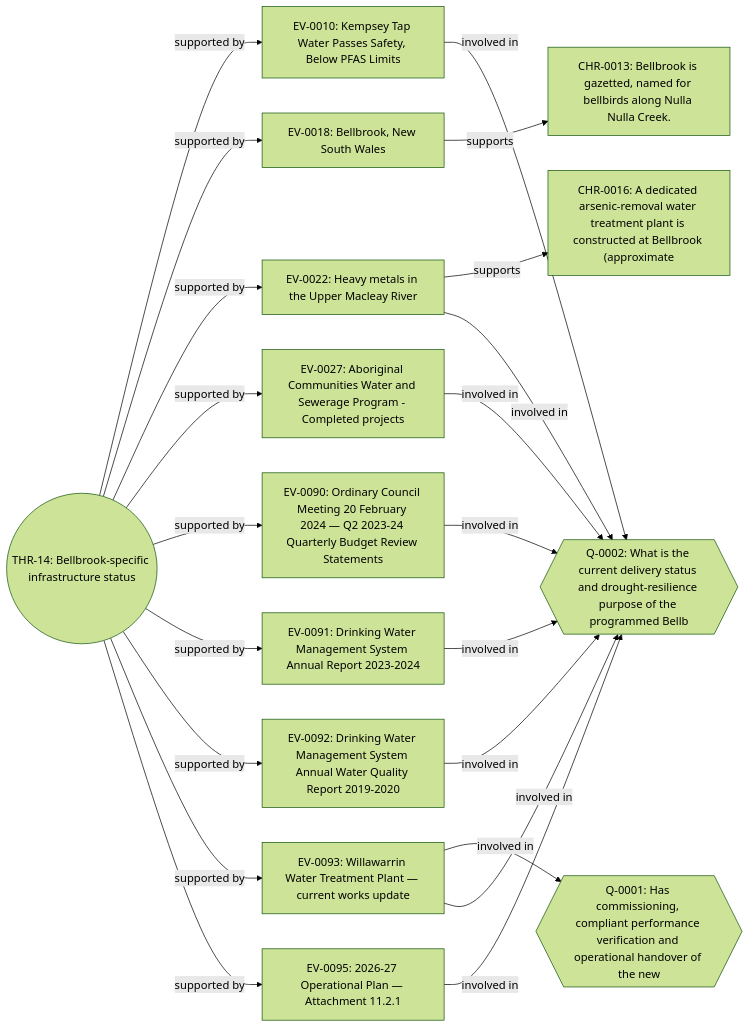
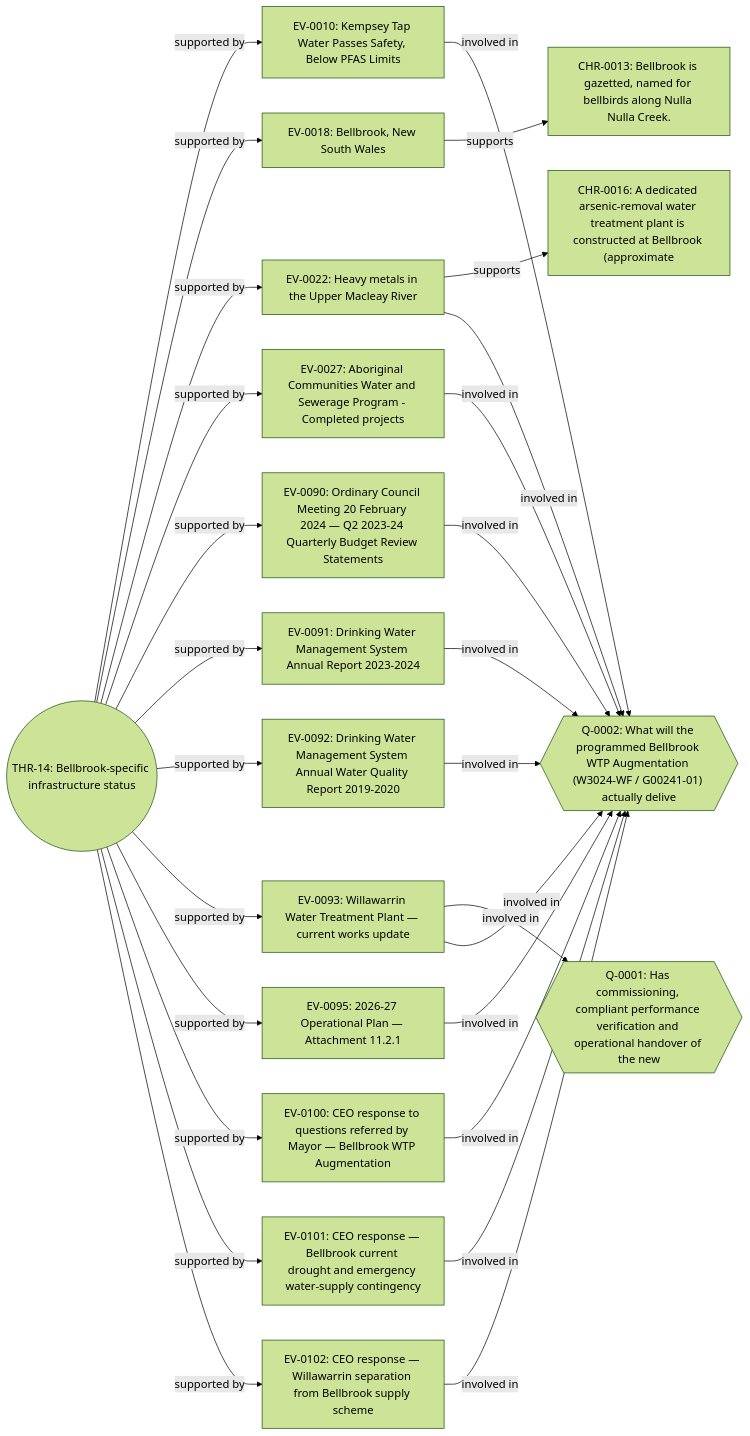
One commit to mayhem82/mayhem-investigations changed diagram 13 of 49 in docs/RELATIONSHIP_MAP.md. Above: the diagram before and after it, drawn with Mermaid (forest theme). The commit also changed other lines of this file, not shown here.

````diff
--- a/docs/RELATIONSHIP_MAP.md
+++ b/docs/RELATIONSHIP_MAP.md
@@ -422,37 +422,46 @@
 ```mermaid
 flowchart LR
   DFAPTI_BB_2026_00001_THRD_THR_14(("THR-14: Bellbrook-specific infrastructure status"))
   DFAPTI_BB_2026_00001_EVID_EV_0010["EV-0010: Kempsey Tap Water Passes Safety, Below PFAS Limits"]
   DFAPTI_BB_2026_00001_EVID_EV_0018["EV-0018: Bellbrook, New South Wales"]
   DFAPTI_BB_2026_00001_EVID_EV_0022["EV-0022: Heavy metals in the Upper Macleay River"]
   DFAPTI_BB_2026_00001_EVID_EV_0027["EV-0027: Aboriginal Communities Water and Sewerage Program - Completed projects"]
   DFAPTI_BB_2026_00001_EVID_EV_0090["EV-0090: Ordinary Council Meeting 20 February 2024 — Q2 2023-24 Quarterly Budget Review Statements"]
   DFAPTI_BB_2026_00001_EVID_EV_0091["EV-0091: Drinking Water Management System Annual Report 2023-2024"]
   DFAPTI_BB_2026_00001_EVID_EV_0092["EV-0092: Drinking Water Management System Annual Water Quality Report 2019-2020"]
   DFAPTI_BB_2026_00001_EVID_EV_0093["EV-0093: Willawarrin Water Treatment Plant — current works update"]
   DFAPTI_BB_2026_00001_EVID_EV_0095["EV-0095: 2026-27 Operational Plan — Attachment 11.2.1"]
-  DFAPTI_BB_2026_00001_QUES_Q_0002{{"Q-0002: What is the current delivery status and drought-resilience purpose of the programmed Bellb"}}
+  DFAPTI_BB_2026_00001_EVID_EV_0100["EV-0100: CEO response to questions referred by Mayor — Bellbrook WTP Augmentation"]
+  DFAPTI_BB_2026_00001_EVID_EV_0101["EV-0101: CEO response — Bellbrook current drought and emergency water-supply contingency"]
+  DFAPTI_BB_2026_00001_EVID_EV_0102["EV-0102: CEO response — Willawarrin separation from Bellbrook supply scheme"]
+  DFAPTI_BB_2026_00001_QUES_Q_0002{{"Q-0002: What will the programmed Bellbrook WTP Augmentation (W3024-WF / G00241-01) actually delive"}}
   DFAPTI_BB_2026_00001_CHRO_CHR_0013["CHR-0013: Bellbrook is gazetted, named for bellbirds along Nulla Nulla Creek."]
   DFAPTI_BB_2026_00001_CHRO_CHR_0016["CHR-0016: A dedicated arsenic-removal water treatment plant is constructed at Bellbrook (approximate"]
   DFAPTI_BB_2026_00001_QUES_Q_0001{{"Q-0001: Has commissioning, compliant performance verification and operational handover of the new "}}
   DFAPTI_BB_2026_00001_THRD_THR_14 -- "supported by" --> DFAPTI_BB_2026_00001_EVID_EV_0010
   DFAPTI_BB_2026_00001_THRD_THR_14 -- "supported by" --> DFAPTI_BB_2026_00001_EVID_EV_0018
   DFAPTI_BB_2026_00001_THRD_THR_14 -- "supported by" --> DFAPTI_BB_2026_00001_EVID_EV_0022
   DFAPTI_BB_2026_00001_THRD_THR_14 -- "supported by" --> DFAPTI_BB_2026_00001_EVID_EV_0027
   DFAPTI_BB_2026_00001_THRD_THR_14 -- "supported by" --> DFAPTI_BB_2026_00001_EVID_EV_0090
   DFAPTI_BB_2026_00001_THRD_THR_14 -- "supported by" --> DFAPTI_BB_2026_00001_EVID_EV_0091
   DFAPTI_BB_2026_00001_THRD_THR_14 -- "supported by" --> DFAPTI_BB_2026_00001_EVID_EV_0092
   DFAPTI_BB_2026_00001_THRD_THR_14 -- "supported by" --> DFAPTI_BB_2026_00001_EVID_EV_0093
   DFAPTI_BB_2026_00001_THRD_THR_14 -- "supported by" --> DFAPTI_BB_2026_00001_EVID_EV_0095
+  DFAPTI_BB_2026_00001_THRD_THR_14 -- "supported by" --> DFAPTI_BB_2026_00001_EVID_EV_0100
+  DFAPTI_BB_2026_00001_THRD_THR_14 -- "supported by" --> DFAPTI_BB_2026_00001_EVID_EV_0101
+  DFAPTI_BB_2026_00001_THRD_THR_14 -- "supported by" --> DFAPTI_BB_2026_00001_EVID_EV_0102
   DFAPTI_BB_2026_00001_EVID_EV_0010 -- "involved in" --> DFAPTI_BB_2026_00001_QUES_Q_0002
   DFAPTI_BB_2026_00001_EVID_EV_0018 -- "supports" --> DFAPTI_BB_2026_00001_CHRO_CHR_0013
   DFAPTI_BB_2026_00001_EVID_EV_0022 -- "supports" --> DFAPTI_BB_2026_00001_CHRO_CHR_0016
   DFAPTI_BB_2026_00001_EVID_EV_0022 -- "involved in" --> DFAPTI_BB_2026_00001_QUES_Q_0002
   DFAPTI_BB_2026_00001_EVID_EV_0027 -- "involved in" --> DFAPTI_BB_2026_00001_QUES_Q_0002
   DFAPTI_BB_2026_00001_EVID_EV_0090 -- "involved in" --> DFAPTI_BB_2026_00001_QUES_Q_0002
   DFAPTI_BB_2026_00001_EVID_EV_0091 -- "involved in" --> DFAPTI_BB_2026_00001_QUES_Q_0002
   DFAPTI_BB_2026_00001_EVID_EV_0092 -- "involved in" --> DFAPTI_BB_2026_00001_QUES_Q_0002
   DFAPTI_BB_2026_00001_EVID_EV_0093 -- "involved in" --> DFAPTI_BB_2026_00001_QUES_Q_0001
   DFAPTI_BB_2026_00001_EVID_EV_0093 -- "involved in" --> DFAPTI_BB_2026_00001_QUES_Q_0002
   DFAPTI_BB_2026_00001_EVID_EV_0095 -- "involved in" --> DFAPTI_BB_2026_00001_QUES_Q_0002
+  DFAPTI_BB_2026_00001_EVID_EV_0100 -- "involved in" --> DFAPTI_BB_2026_00001_QUES_Q_0002
+  DFAPTI_BB_2026_00001_EVID_EV_0101 -- "involved in" --> DFAPTI_BB_2026_00001_QUES_Q_0002
+  DFAPTI_BB_2026_00001_EVID_EV_0102 -- "involved in" --> DFAPTI_BB_2026_00001_QUES_Q_0002
 ```
````
